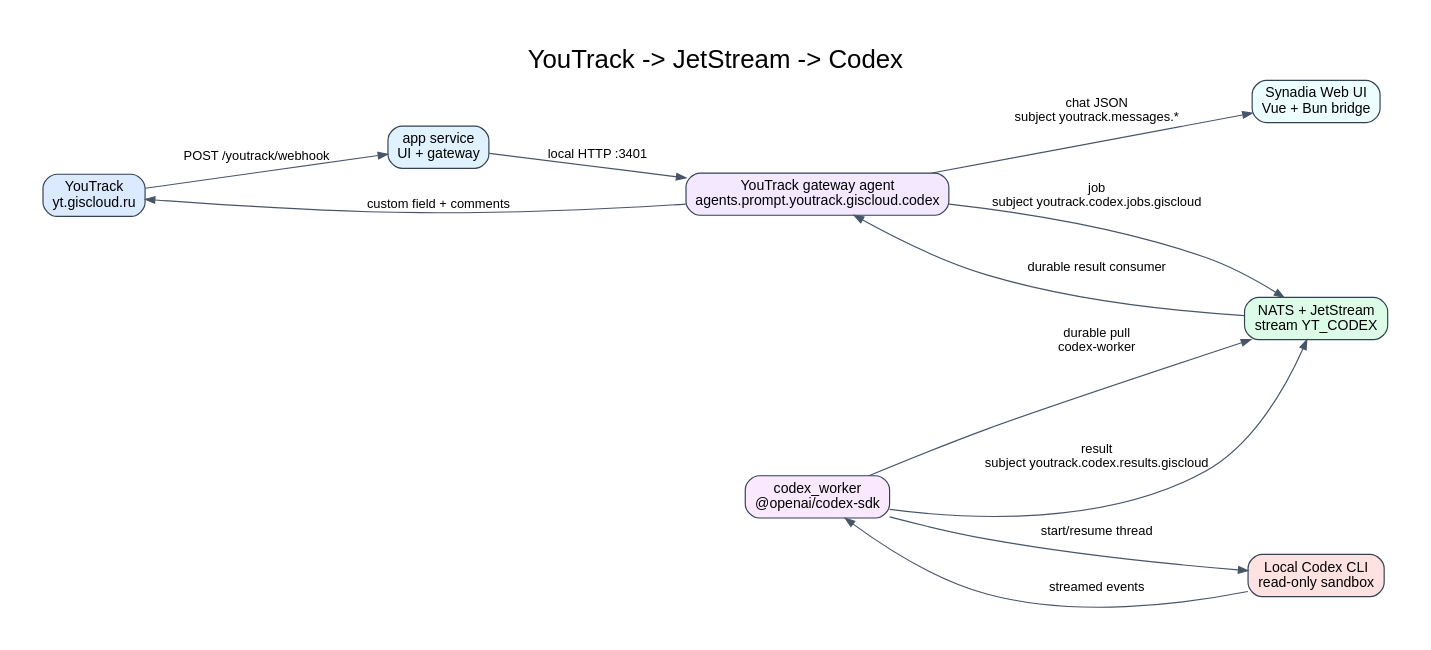
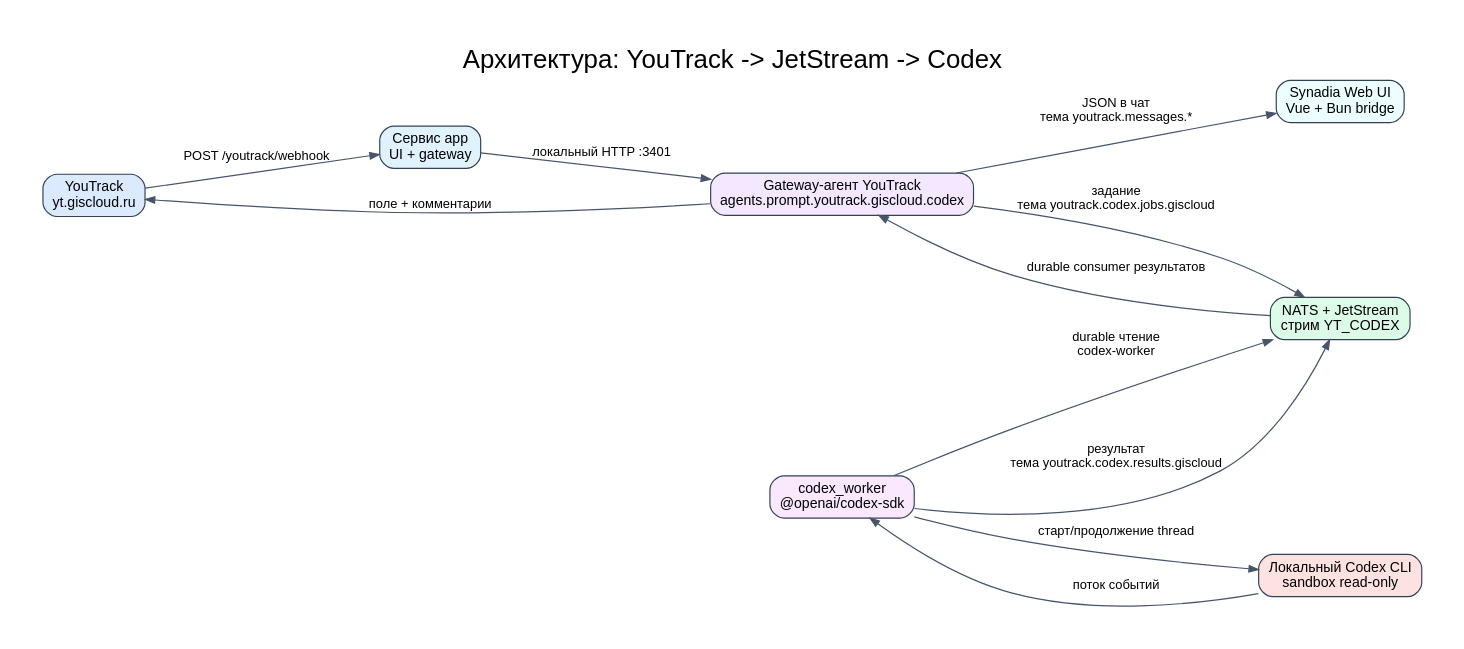
Before and after one commit to komaroffsergei/nats-synadia-dev: the diagram in docs/diagrams/architecture.dot, drawn with Graphviz. The commit also changed 11 other files, not shown here.

First line of the commit message:
docs: clarify YouTrack Codex pipeline

```diff
--- a/docs/diagrams/architecture.dot
+++ b/docs/diagrams/architecture.dot
@@ -1,24 +1,24 @@
 digraph G {
-  graph [rankdir=LR, bgcolor="white", pad="0.4", nodesep="0.7", ranksep="0.9", fontname="Arial", label="YouTrack -> JetStream -> Codex", labelloc="t", fontsize=22];
+  graph [rankdir=LR, bgcolor="white", pad="0.4", nodesep="0.7", ranksep="0.9", fontname="Arial", label="Архитектура: YouTrack -> JetStream -> Codex", labelloc="t", fontsize=22];
   node [shape=box, style="rounded,filled", fontname="Arial", fontsize=12, color="#334155", fillcolor="#f8fafc"];
   edge [fontname="Arial", fontsize=11, color="#475569", arrowsize=0.8];
 
   youtrack [label="YouTrack\nyt.giscloud.ru", fillcolor="#dbeafe"];
-  app [label="app service\nUI + gateway", fillcolor="#e0f2fe"];
+  app [label="Сервис app\nUI + gateway", fillcolor="#e0f2fe"];
   ui [label="Synadia Web UI\nVue + Bun bridge", fillcolor="#ecfeff"];
-  gateway [label="YouTrack gateway agent\nagents.prompt.youtrack.giscloud.codex", fillcolor="#f3e8ff"];
-  nats [label="NATS + JetStream\nstream YT_CODEX", fillcolor="#dcfce7"];
+  gateway [label="Gateway-агент YouTrack\nagents.prompt.youtrack.giscloud.codex", fillcolor="#f3e8ff"];
+  nats [label="NATS + JetStream\nстрим YT_CODEX", fillcolor="#dcfce7"];
   worker [label="codex_worker\n@openai/codex-sdk", fillcolor="#fae8ff"];
-  codex [label="Local Codex CLI\nread-only sandbox", fillcolor="#fee2e2"];
+  codex [label="Локальный Codex CLI\nsandbox read-only", fillcolor="#fee2e2"];
 
   youtrack -> app [label="POST /youtrack/webhook"];
-  app -> gateway [label="local HTTP :3401"];
-  gateway -> ui [label="chat JSON\nsubject youtrack.messages.*"];
-  gateway -> nats [label="job\nsubject youtrack.codex.jobs.giscloud"];
-  worker -> nats [label="durable pull\ncodex-worker"];
-  worker -> codex [label="start/resume thread"];
-  codex -> worker [label="streamed events"];
-  worker -> nats [label="result\nsubject youtrack.codex.results.giscloud"];
-  nats -> gateway [label="durable result consumer"];
-  gateway -> youtrack [label="custom field + comments"];
+  app -> gateway [label="локальный HTTP :3401"];
+  gateway -> ui [label="JSON в чат\nтема youtrack.messages.*"];
+  gateway -> nats [label="задание\nтема youtrack.codex.jobs.giscloud"];
+  worker -> nats [label="durable чтение\ncodex-worker"];
+  worker -> codex [label="старт/продолжение thread"];
+  codex -> worker [label="поток событий"];
+  worker -> nats [label="результат\nтема youtrack.codex.results.giscloud"];
+  nats -> gateway [label="durable consumer результатов"];
+  gateway -> youtrack [label="поле + комментарии"];
 }
```
